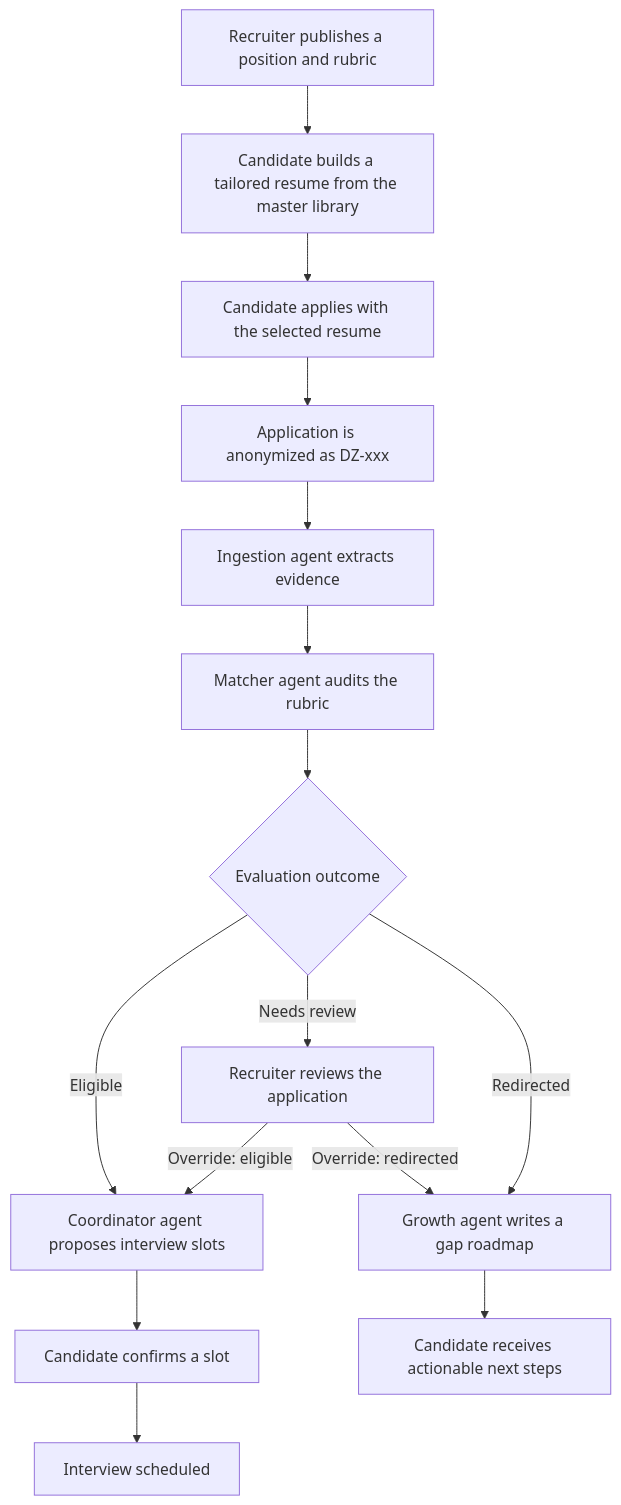
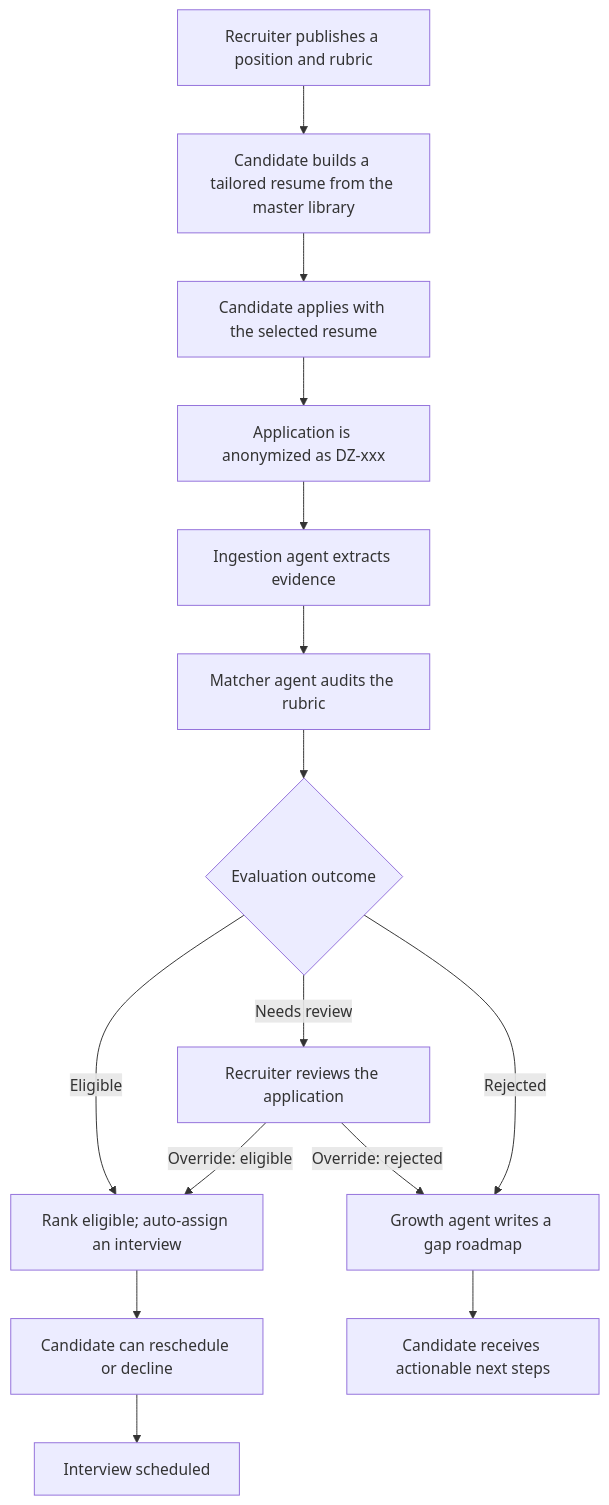
One commit to abderrahmenex86/Skillora changed the first of 4 diagrams in README.md. Above: the diagram before and after it, drawn with Mermaid. The commit also changed other lines of this file and 20 other files, not shown here.

Commit message:
[FEAT] Auto-assign interviews and add waitlist flow

````diff
--- a/README.md
+++ b/README.md
@@ -93,17 +93,17 @@
 ```mermaid
 flowchart TD
     A[Recruiter publishes a position and rubric] --> B[Candidate builds a tailored resume from the master library]
     B --> C[Candidate applies with the selected resume]
     C --> D[Application is anonymized as DZ-xxx]
     D --> E[Ingestion agent extracts evidence]
     E --> F[Matcher agent audits the rubric]
     F --> G{Evaluation outcome}
-    G -->|Eligible| H[Coordinator agent proposes interview slots]
+    G -->|Eligible| H[Rank eligible; auto-assign an interview]
     G -->|Needs review| I[Recruiter reviews the application]
-    G -->|Redirected| J[Growth agent writes a gap roadmap]
-    H --> K[Candidate confirms a slot]
+    G -->|Rejected| J[Growth agent writes a gap roadmap]
+    H --> K[Candidate can reschedule or decline]
     K --> L[Interview scheduled]
     I -->|Override: eligible| H
-    I -->|Override: redirected| J
+    I -->|Override: rejected| J
     J --> M[Candidate receives actionable next steps]
 ```
````
